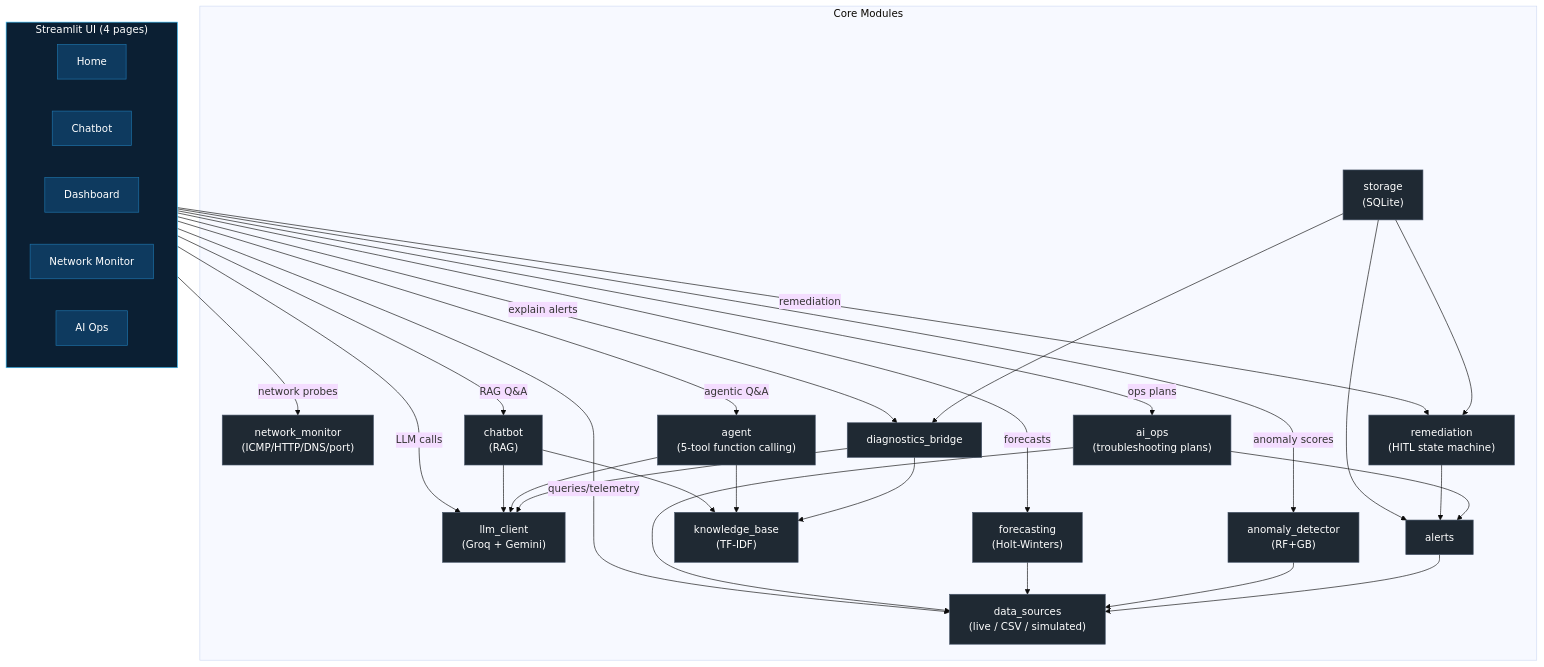
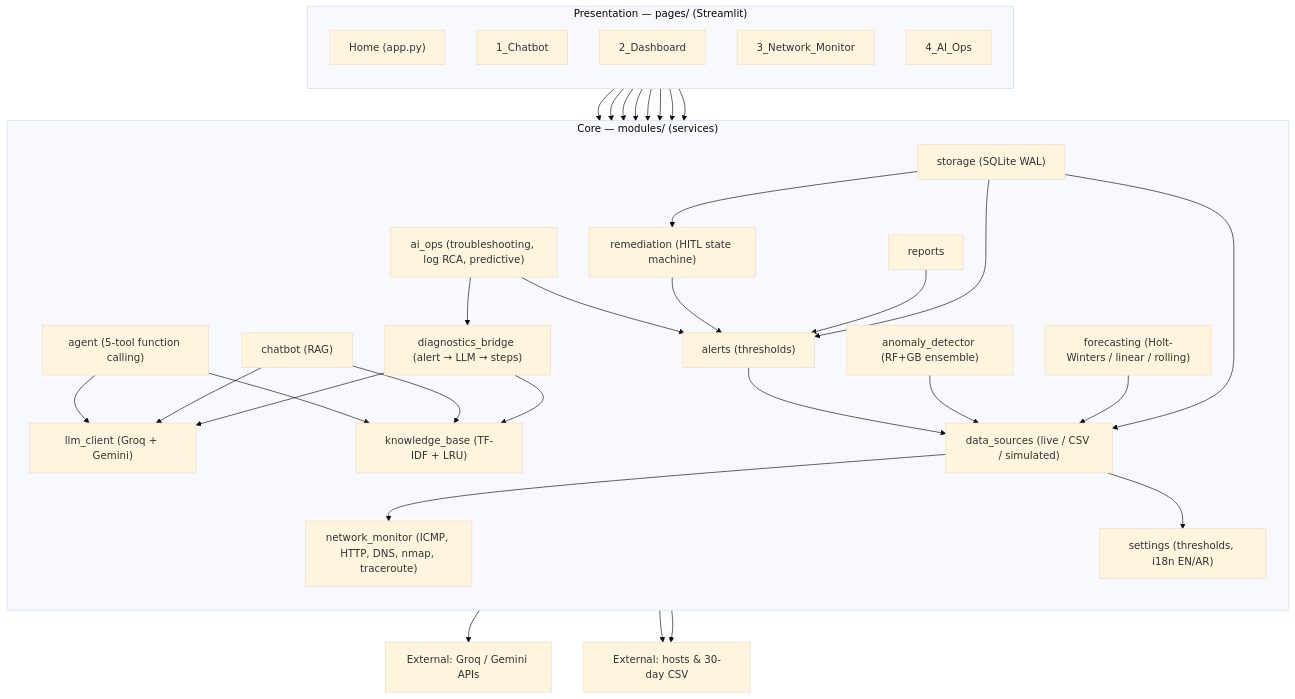
Before and after one commit to Mshabrawy-m/AI-Smart-Bot-for-Network-Management: the diagram in README.md, drawn with Mermaid (base theme).

Commit message:
docs: replace README architecture diagram with clean layered flowchart

````diff
--- a/README.md
+++ b/README.md
@@ -91,60 +91,66 @@
 ```mermaid
 flowchart TB
-    subgraph UI["Streamlit UI (4 pages)"]
-        H["Home"]:::page
-        C["Chatbot"]:::page
-        D["Dashboard"]:::page
-        M["Network Monitor"]:::page
-        O["AI Ops"]:::page
+    subgraph PRE["Presentation — pages/ (Streamlit)"]
+        direction TB
+        P1["Home (app.py)"]
+        P2["1_Chatbot"]
+        P3["2_Dashboard"]
+        P4["3_Network_Monitor"]
+        P5["4_AI_Ops"]
     end
 
-    subgraph Core["Core Modules"]
-        DS["data_sources<br/>(live / CSV / simulated)"]
-        LLM["llm_client<br/>(Groq + Gemini)"]
-        NM["network_monitor<br/>(ICMP/HTTP/DNS/port)"]
-        AG["agent<br/>(5-tool function calling)"]
-        CB["chatbot<br/>(RAG)"]
-        AD["anomaly_detector<br/>(RF+GB)"]
-        FC["forecasting<br/>(Holt-Winters)"]
-        KB["knowledge_base<br/>(TF-IDF)"]
-        DB["diagnostics_bridge"]
-        AO["ai_ops<br/>(troubleshooting plans)"]
-        RM["remediation<br/>(HITL state machine)"]
-        AL["alerts"]
-        ST["storage<br/>(SQLite)"]
+    subgraph CORE["Core — modules/ (services)"]
+        direction TB
+        LLM["llm_client (Groq + Gemini)"]
+        AG["agent (5-tool function calling)"]
+        CB["chatbot (RAG)"]
+        KB["knowledge_base (TF-IDF + LRU)"]
+        DI["diagnostics_bridge (alert → LLM → steps)"]
+        AO["ai_ops (troubleshooting, log RCA, predictive)"]
+        AD["anomaly_detector (RF+GB ensemble)"]
+        FC["forecasting (Holt-Winters / linear / rolling)"]
+        AL["alerts (thresholds)"]
+        RM["remediation (HITL state machine)"]
+        RPT["reports"]
+        ST["storage (SQLite WAL)"]
+        DS["data_sources (live / CSV / simulated)"]
+        NM["network_monitor (ICMP, HTTP, DNS, nmap, traceroute)"]
+        SET["settings (thresholds, i18n EN/AR)"]
     end
 
-    UI -->|queries/telemetry| DS
-    UI -->|LLM calls| LLM
-    UI -->|network probes| NM
-    UI -->|agentic Q&A| AG
-    UI -->|RAG Q&A| CB
-    UI -->|anomaly scores| AD
-    UI -->|forecasts| FC
-    UI -->|explain alerts| DB
-    UI -->|ops plans| AO
-    UI -->|remediation| RM
+    ext1["External: Groq / Gemini APIs"]
+    ext2["External: hosts & 30-day CSV"]
 
-    DB --> KB
-    DB --> LLM
+    P2 --> AG
+    P2 --> CB
+    P3 --> NM
+    P3 --> DS
+    P4 --> AD
+    P4 --> AO
+    P4 --> RM
+    P5 --> RPT
+
     AG --> KB
     AG --> LLM
     CB --> KB
     CB --> LLM
+    DI --> KB
+    DI --> LLM
+    AO --> DI
+    AO --> AL
     AL --> DS
     AD --> DS
     FC --> DS
-    AO --> AL
-    AO --> DS
     RM --> AL
-    ST --> DB
+    RPT --> AL
+
+    DS --> NM
+    DS --> SET
     ST --> AL
     ST --> RM
+    ST --> DS
 
-    classDef page fill:#0e3a5f,color:#fff,stroke:#1f75ad
-    classDef core fill:#1f2933,color:#fff,stroke:#475569
-    class H,C,D,M,O page
-    class DS,LLM,NM,AG,CB,AD,FC,KB,DB,AO,RM,AL,ST core
-
-    style UI fill:#0b1f33,stroke:#38bdf8,color:#fff
+    LLM --> ext1
+    NM --> ext2
+    DS --> ext2
 ```
````
